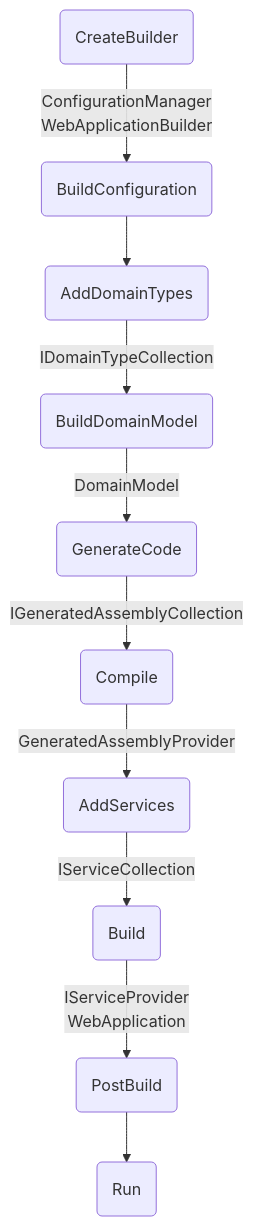
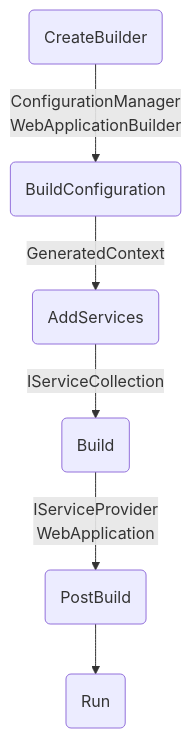
One commit to mouseless/baked changed the second of 2 diagrams in docs/recipes/data-source.md. Above: the diagram before and after it, drawn with Mermaid. The commit also changed other lines of this file and 5 other files, not shown here.

````diff
--- a/docs/recipes/data-source.md
+++ b/docs/recipes/data-source.md
@@ -66,23 +82,15 @@
 ```mermaid
 flowchart TD
     CB(CreateBuilder)
     BC(BuildConfiguration)
-    AD(AddDomainTypes)
-    BD(BuildDomainModel)
-    GC(GenerateCode)
-    C(Compile)
     AS(AddServices)
     B(Build)
     PB(PostBuild)
     R(Run)
 
     CB -->|ConfigurationManager\nWebApplicationBuilder| BC
-    BC --> AD
-    AD -->|IDomainTypeCollection| BD
-    BD -->|DomainModel| GC
-    GC -->|IGeneratedAssemblyCollection| C
-    C -->|GeneratedAssemblyProvider| AS
+    BC -->|GeneratedContext| AS
     AS -->|IServiceCollection| B
     B -->|IServiceProvider\nWebApplication|PB
     PB --> R
 ```
````
